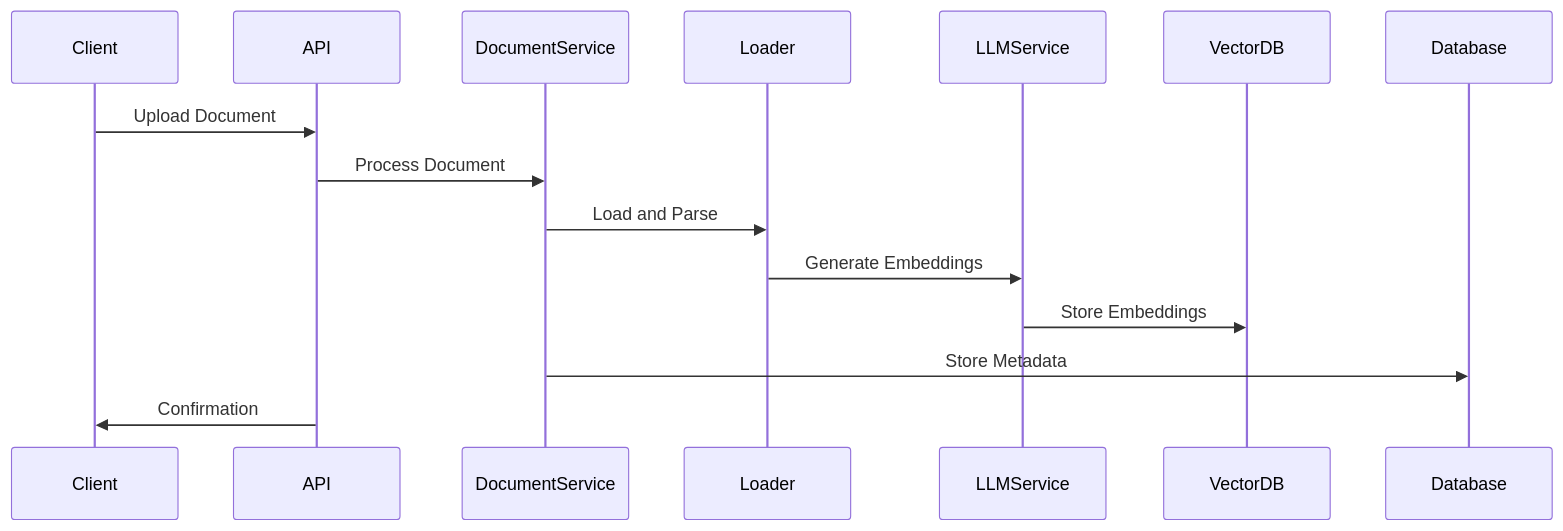
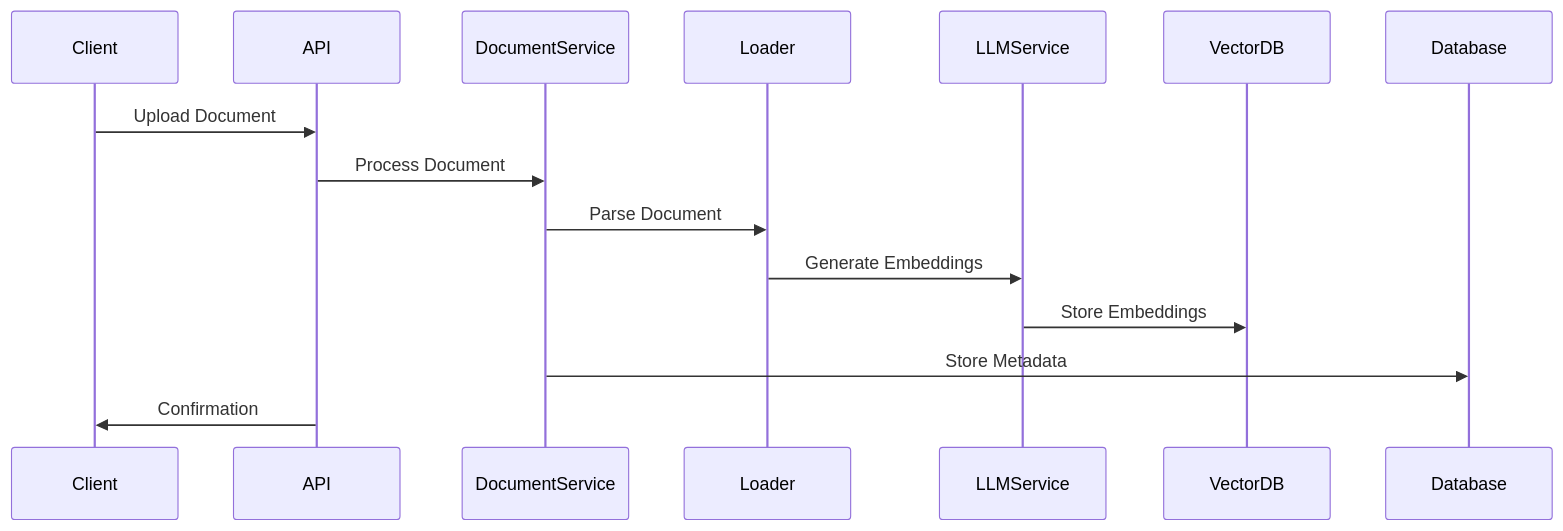
Before and after one commit to whyhow-ai/knowledge-table: the second of 3 diagrams in backend/docs/architecture.md, drawn with Mermaid. The commit also changed other lines of this file and 15 other files, not shown here.

````diff
--- a/backend/docs/architecture.md
+++ b/backend/docs/architecture.md
@@ -115,10 +100,10 @@
-   ```mermaid
-   sequenceDiagram
-       Client->>API: Upload Document
-       API->>DocumentService: Process Document
-       DocumentService->>Loader: Load and Parse
-       Loader->>LLMService: Generate Embeddings
-       LLMService->>VectorDB: Store Embeddings
-       DocumentService->>Database: Store Metadata
-       API->>Client: Confirmation
-   ```
+```mermaid
+sequenceDiagram
+    Client->>API: Upload Document
+    API->>DocumentService: Process Document
+    DocumentService->>Loader: Parse Document
+    Loader->>LLMService: Generate Embeddings
+    LLMService->>VectorDB: Store Embeddings
+    DocumentService->>Database: Store Metadata
+    API->>Client: Confirmation
+```
````
